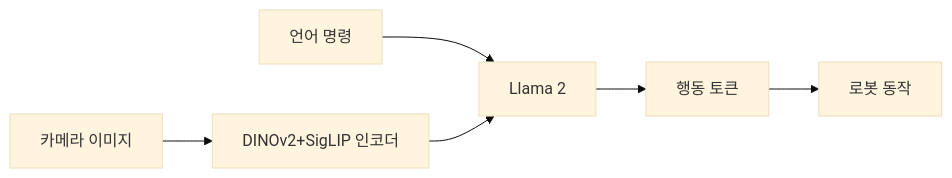
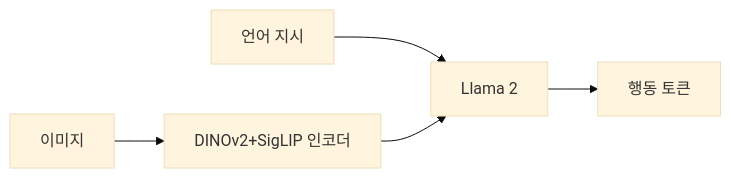
The first of 2 diagrams in articles/openvla.md (wjdgks7178/ai-mindmap), drawn with Mermaid (base theme) before and after one commit. The commit also changed other lines of this file and 2 other files, not shown here.

````diff
--- a/articles/openvla.md
+++ b/articles/openvla.md
@@ -17,8 +16,7 @@
 ```mermaid
 flowchart LR
-  I["카메라 이미지"] --> V["DINOv2+SigLIP 인코더"]
-  L["언어 명령"] --> M["Llama 2"]
-  V --> M
-  M --> A["행동 토큰"]
-  A --> R["로봇 동작"]
+  I["이미지"] --> E["DINOv2+SigLIP 인코더"]
+  T["언어 지시"] --> L["Llama 2"]
+  E --> L
+  L --> A["행동 토큰"]
 ```
````
